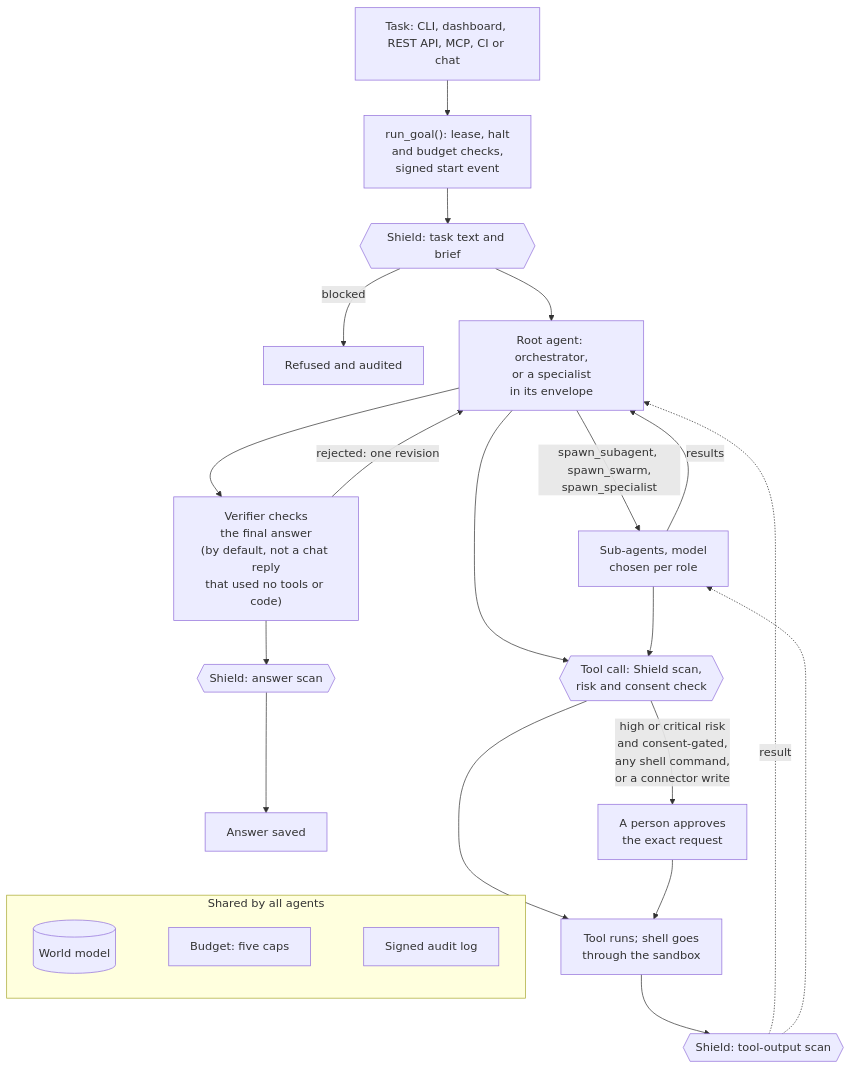
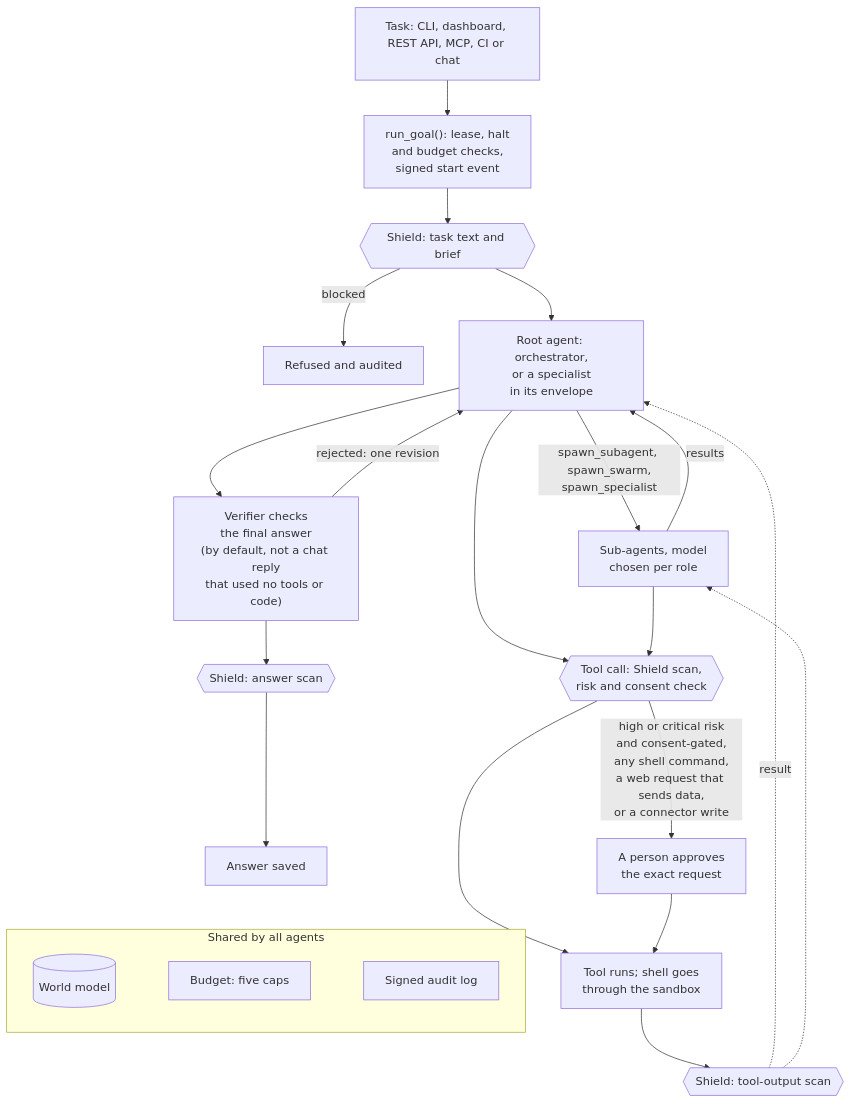
Before and after one commit to Daybreak-AI-Labs/LightworkOS: the diagram in README.md, drawn with Mermaid. The commit also changed other lines of this file, not shown here.

First line of the commit message:
docs: say in the README that web requests which send data ask a person

````diff
--- a/README.md
+++ b/README.md
@@ -172,26 +173,26 @@
 ```mermaid
 flowchart TD
   G["Task: CLI, dashboard, REST API, MCP, CI or chat"] --> R["run_goal(): lease, halt<br/>and budget checks,<br/>signed start event"]
   R --> S1{{"Shield: task text and brief"}}
   S1 -- blocked --> X["Refused and audited"]
   S1 --> O["Root agent: orchestrator,<br/>or a specialist<br/>in its envelope"]
   O -- "spawn_subagent, spawn_swarm,<br/>spawn_specialist" --> W["Sub-agents, model<br/>chosen per role"]
   W -- results --> O
   O & W --> TC{{"Tool call: Shield scan,<br/>risk and consent check"}}
-  TC -- "high or critical risk<br/>and consent-gated,<br/>any shell command,<br/>or a connector write" --> AP["A person approves<br/>the exact request"]
+  TC -- "high or critical risk<br/>and consent-gated,<br/>any shell command,<br/>a web request that sends data,<br/>or a connector write" --> AP["A person approves<br/>the exact request"]
   TC --> T["Tool runs; shell goes<br/>through the sandbox"]
   AP --> T
   T --> S3{{"Shield: tool-output scan"}}
   S3 -. "result" .-> O
   S3 -.-> W
   O --> V["Verifier checks<br/>the final answer<br/>(by default, not a chat reply<br/>that used no tools or code)"]
   V -- "rejected: one revision" --> O
   V --> S4{{"Shield: answer scan"}} --> ANS["Answer saved"]
   subgraph shared["Shared by all agents"]
     WM[("World model")]
     B["Budget: five caps"]
     AU["Signed audit log"]
     WM ~~~ B ~~~ AU
   end
   ANS ~~~ shared
 ```
````
